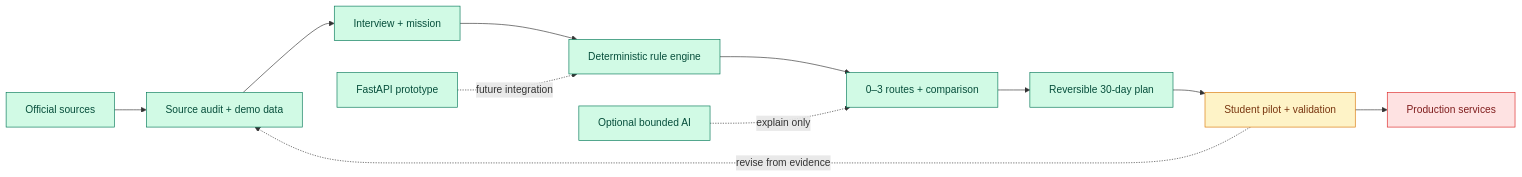
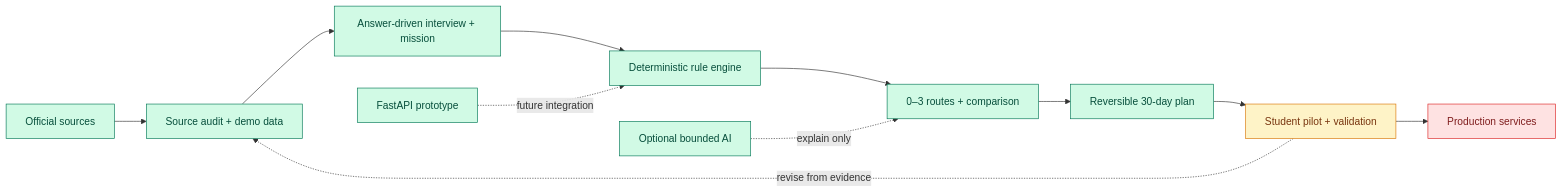
The diagram in README.md (Pongkarm/Future_Me), drawn with Mermaid before and after one commit. The commit also changed other lines of this file and 37 other files, not shown here.

````diff
--- a/README.md
+++ b/README.md
@@ -76,21 +77,21 @@
 ```mermaid
 flowchart LR
     A["Official sources"] --> B["Source audit + demo data"]
-    B --> C["Interview + mission"]
+    B --> C["Answer-driven interview + mission"]
     C --> D["Deterministic rule engine"]
     D --> E["0–3 routes + comparison"]
     E --> F["Reversible 30-day plan"]
     F --> G["Student pilot + validation"]
     G -. "revise from evidence" .-> B
     G --> H["Production services"]
 
     I["Optional bounded AI"] -. "explain only" .-> E
     J["FastAPI prototype"] -. "future integration" .-> D
 
     classDef working fill:#d1fae5,stroke:#047857,color:#064e3b;
     classDef validating fill:#fef3c7,stroke:#d97706,color:#78350f;
     classDef planned fill:#fee2e2,stroke:#dc2626,color:#7f1d1d;
     class A,B,C,D,E,F,I,J working;
     class G validating;
     class H planned;
 ```
````
